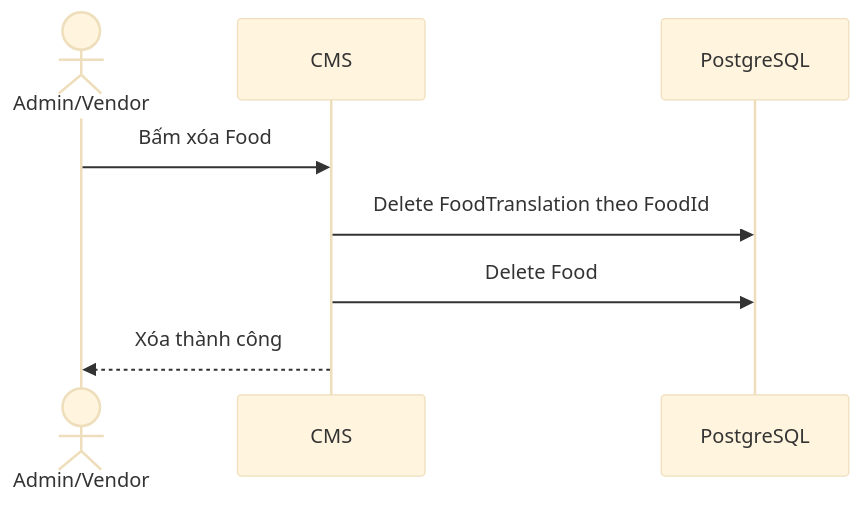
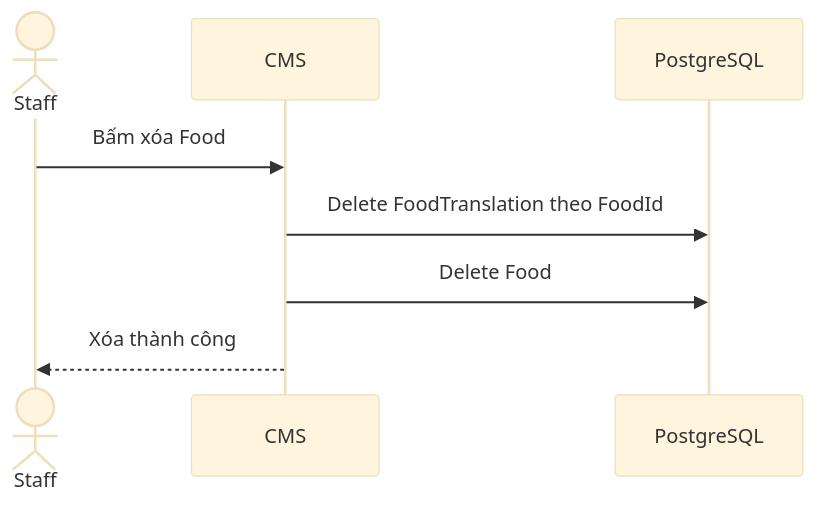
One commit to EricHoang28092k5/SmartTour changed diagram 25 of 51 in PRD_SmartTour.md. Above: the diagram before and after it, drawn with Mermaid (base theme). The commit also changed other lines of this file and 2 other files, not shown here.

````diff
--- a/PRD_SmartTour.md
+++ b/PRD_SmartTour.md
@@ -807,10 +782,10 @@
 ```mermaid
 sequenceDiagram
-    actor U as Admin/Vendor
+    actor U as Staff
     participant CMS as CMS
     participant DB as PostgreSQL
     U->>CMS: Bấm xóa Food
     CMS->>DB: Delete FoodTranslation theo FoodId
     CMS->>DB: Delete Food
     CMS-->>U: Xóa thành công
 ```
````
